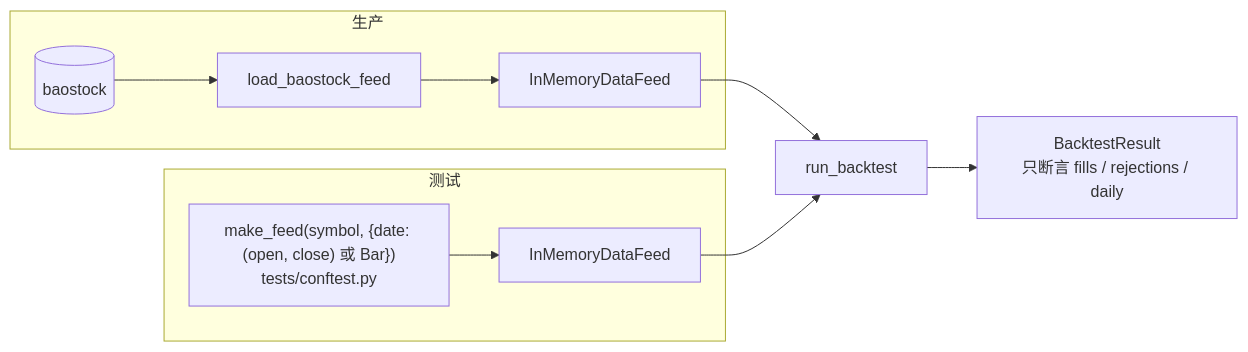
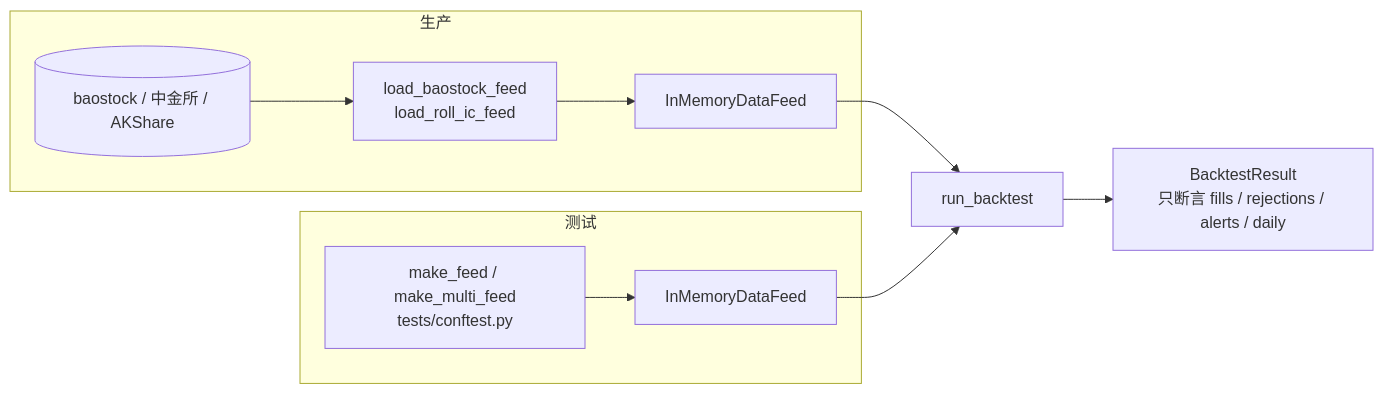
Diagram 24 of 25 in docs/code-walkthrough.md (guevara12345/quant), drawn with Mermaid before and after one commit. The commit also changed other lines of this file and 33 other files, not shown here.

````diff
--- a/docs/code-walkthrough.md
+++ b/docs/code-walkthrough.md
@@ -828,12 +989,12 @@
 ```mermaid
 flowchart LR
     subgraph 生产
-        B[(baostock)] --> BF[load_baostock_feed] --> IF1[InMemoryDataFeed]
+        B[(baostock / 中金所 / AKShare)] --> BF["load_baostock_feed<br/>load_roll_ic_feed"] --> IF1[InMemoryDataFeed]
     end
     subgraph 测试
-        MK["make_feed(symbol, {date: (open, close) 或 Bar})<br/>tests/conftest.py"] --> IF2[InMemoryDataFeed]
+        MK["make_feed / make_multi_feed<br/>tests/conftest.py"] --> IF2[InMemoryDataFeed]
     end
     IF1 --> E[run_backtest]
     IF2 --> E
-    E --> RES["BacktestResult<br/>只断言 fills / rejections / daily"]
+    E --> RES["BacktestResult<br/>只断言 fills / rejections / alerts / daily"]
 ```
````
